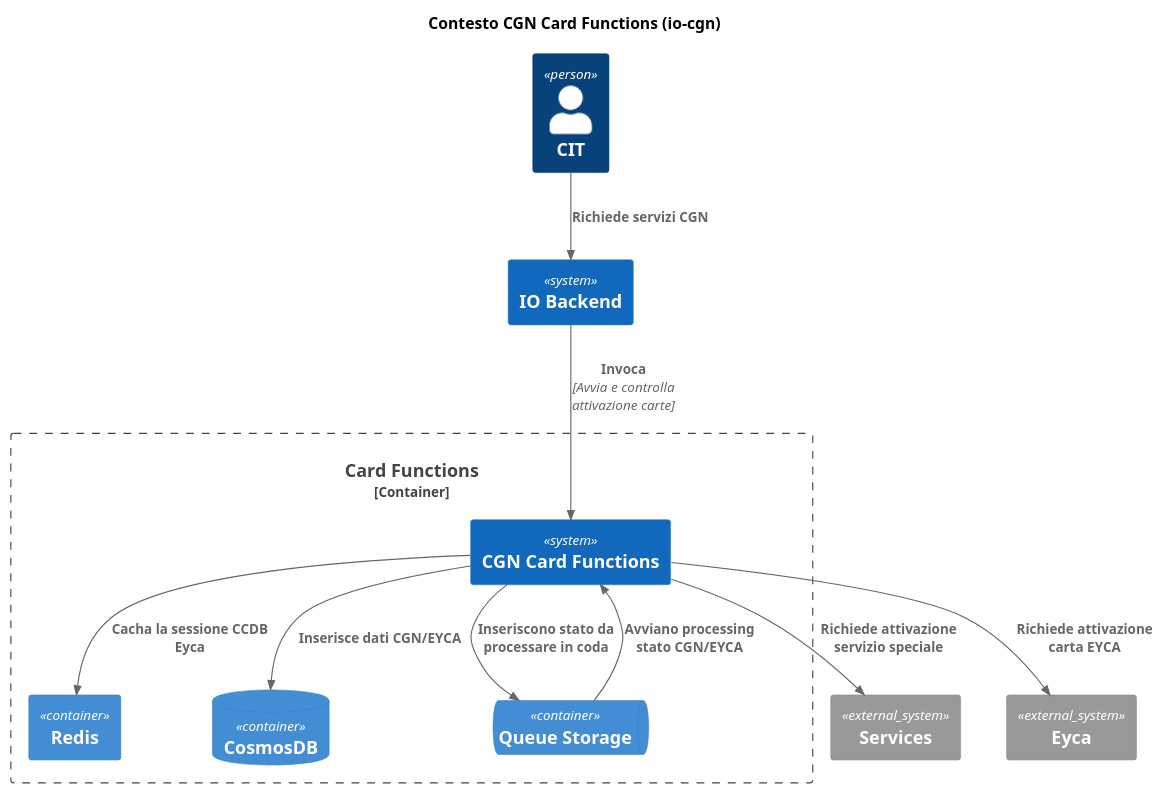
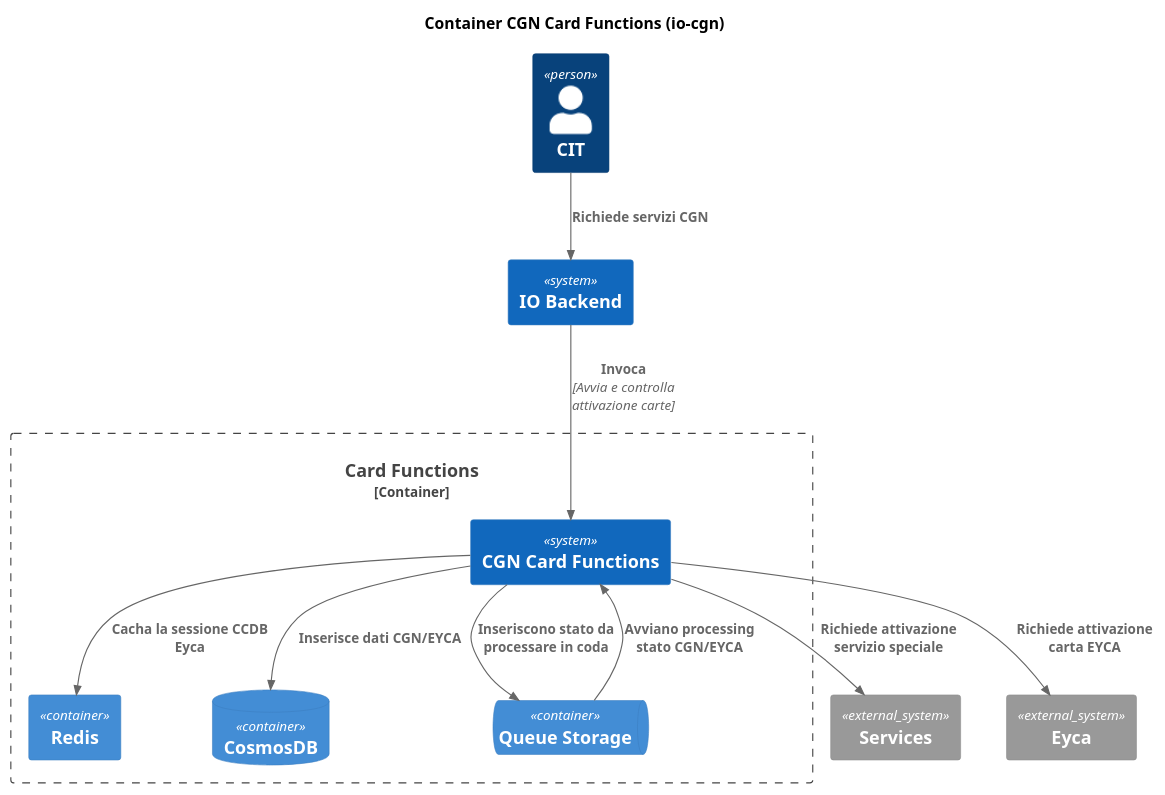
One commit to pagopa/io-cgn changed the diagram in docs/card-func/container.puml. Above: the diagram before and after it, drawn with PlantUML. The commit also changed 2 other files, not shown here.

Commit message:
sequence diagrams

```diff
--- a/docs/card-func/container.puml
+++ b/docs/card-func/container.puml
@@ -1,28 +1,28 @@
 @startuml CGN Card Functions
 !include https://raw.githubusercontent.com/plantuml-stdlib/C4-PlantUML/master/C4.puml
 !include https://raw.githubusercontent.com/plantuml-stdlib/C4-PlantUML/master/C4_Container.puml
 
-title Contesto CGN Card Functions (io-cgn)
+title Container CGN Card Functions (io-cgn)
 
 Person(cit, "CIT")
 System(backend, "IO Backend")
 
 Container_Boundary(cgnfunc, "Card Functions",""){
   System(cardfunc, "CGN Card Functions")
   Container(redis, "Redis")
   ContainerDb(cosmos, "CosmosDB")
   ContainerQueue(queue, "Queue Storage")
 }
 System_Ext(services, "Services")
 System_Ext(eyca, "Eyca")
 
 Rel(backend, cardfunc, "Invoca", "Avvia e controlla attivazione carte")
 Rel(cit,backend, "Richiede servizi CGN")
 Rel(cardfunc,services, "Richiede attivazione servizio speciale")
 Rel(cardfunc,eyca, "Richiede attivazione carta EYCA")
 Rel(cardfunc,cosmos, "Inserisce dati CGN/EYCA")
 Rel(cardfunc,redis, "Cacha la sessione CCDB Eyca")
 Rel(cardfunc,queue, "Inseriscono stato da processare in coda")
 Rel(queue,cardfunc, "Avviano processing stato CGN/EYCA")
 
 @enduml
```
